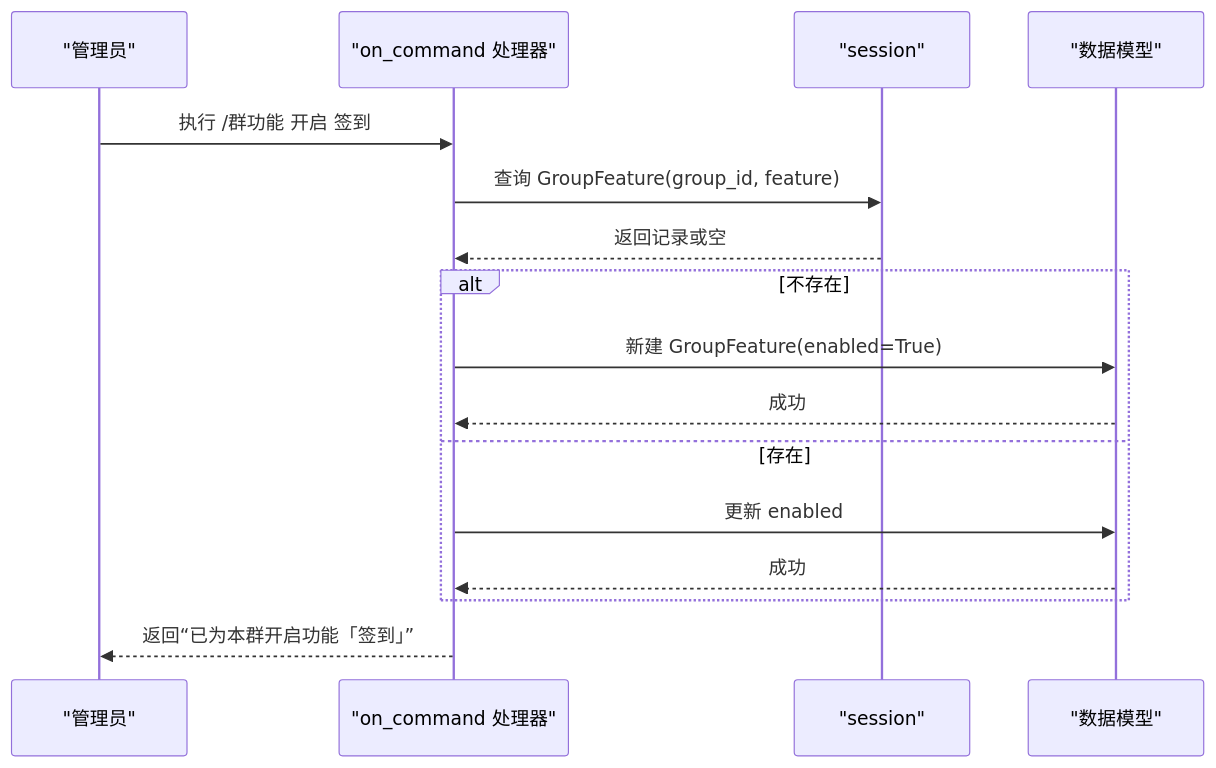
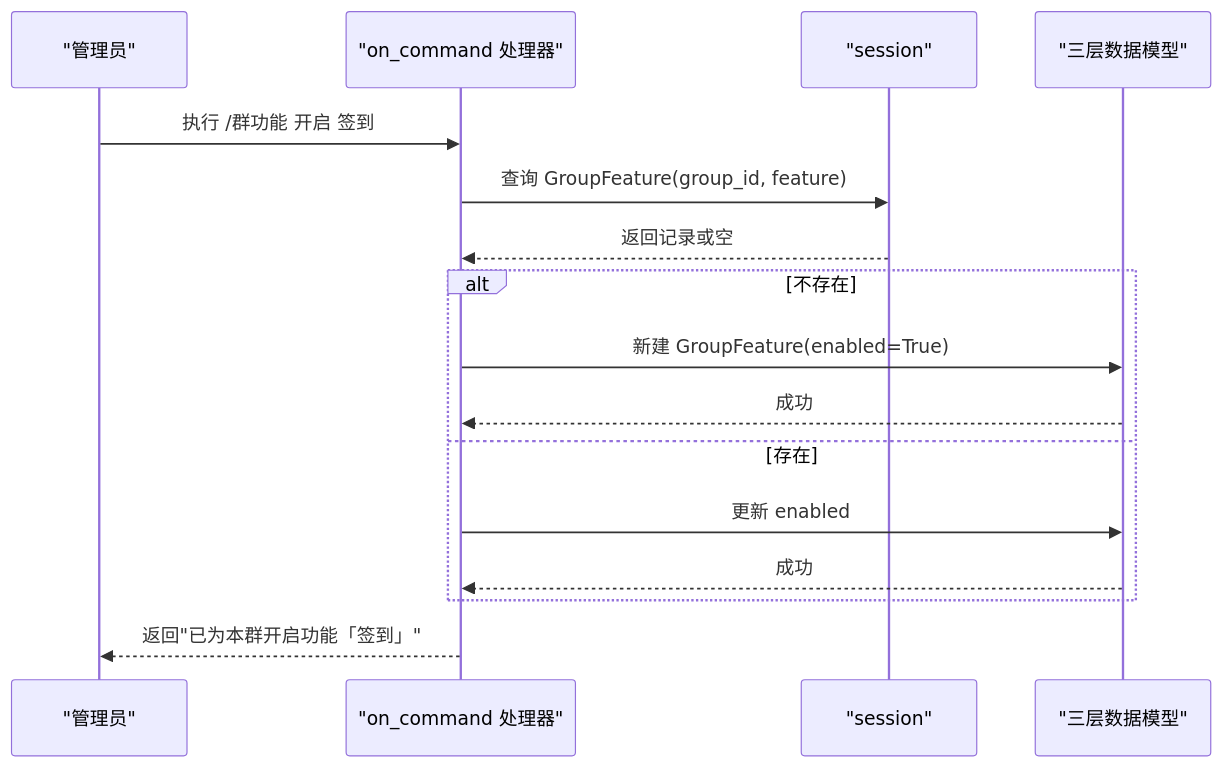
One commit to Wohaokunr/yawn_bot changed the fourth of 7 diagrams in .qoder/repowiki/zh/content/核心功能模块/权限控制系统.md. Above: the diagram before and after it, drawn with Mermaid. The commit also changed other lines of this file and 14 other files, not shown here.

````diff
--- a/.qoder/repowiki/zh/content/核心功能模块/权限控制系统.md
+++ b/.qoder/repowiki/zh/content/核心功能模块/权限控制系统.md
@@ -211,18 +246,18 @@
 ```mermaid
 sequenceDiagram
 participant Admin as "管理员"
 participant CMD as "on_command 处理器"
 participant S as "session"
-participant DB as "数据模型"
+participant DB as "三层数据模型"
 Admin->>CMD : 执行 /群功能 开启 签到
 CMD->>S : 查询 GroupFeature(group_id, feature)
 S-->>CMD : 返回记录或空
 alt 不存在
 CMD->>DB : 新建 GroupFeature(enabled=True)
 DB-->>CMD : 成功
 else 存在
 CMD->>DB : 更新 enabled
 DB-->>CMD : 成功
 end
-CMD-->>Admin : 返回“已为本群开启功能「签到」”
+CMD-->>Admin : 返回"已为本群开启功能「签到」"
 ```
````
